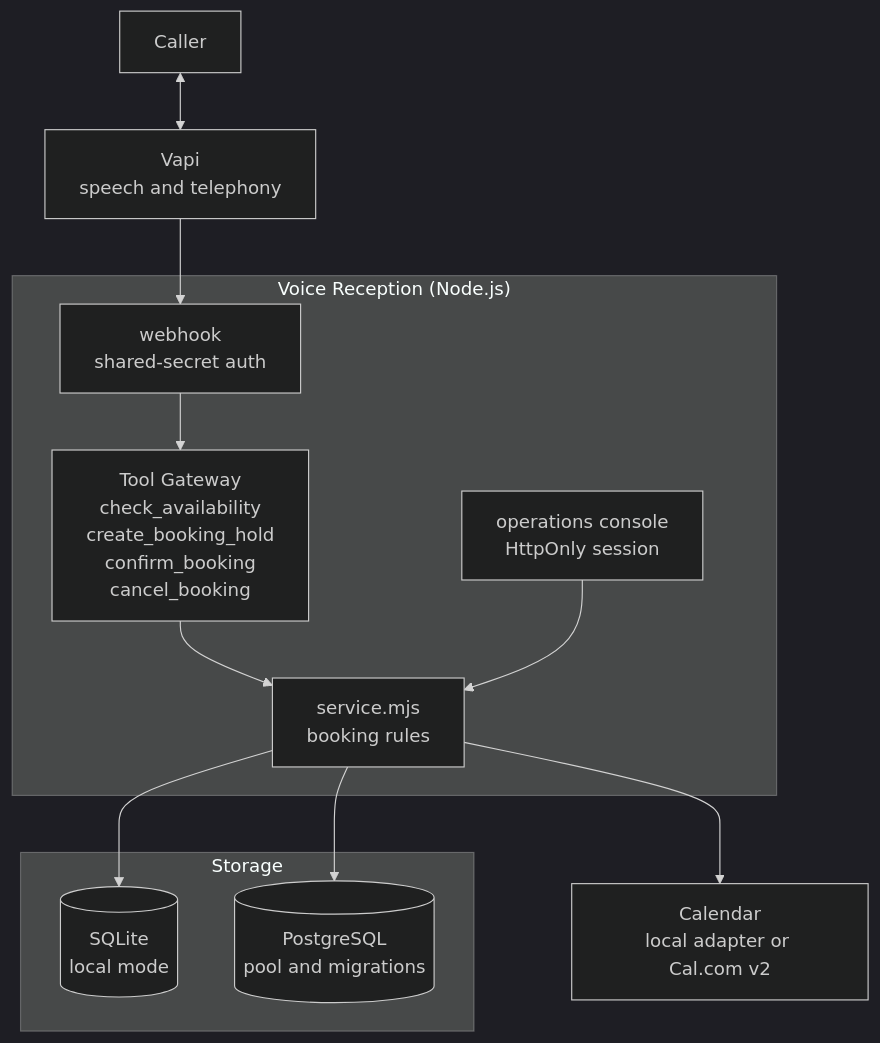
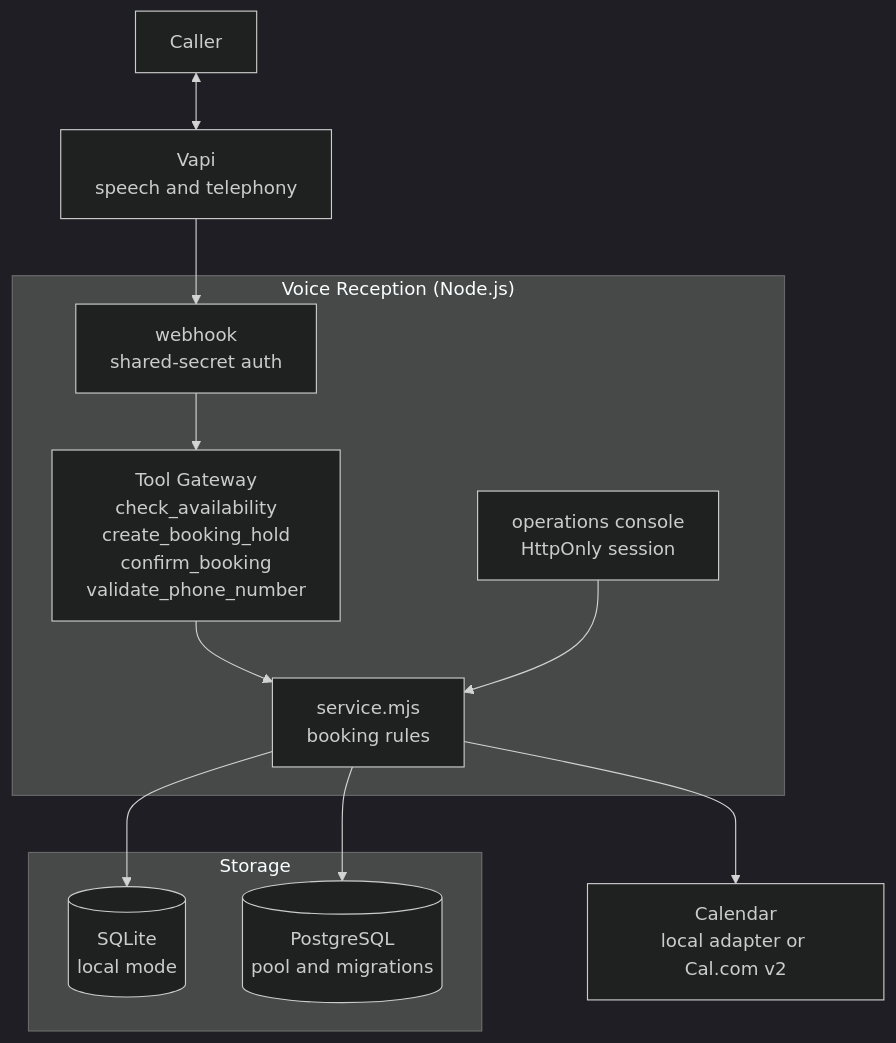
Before and after one commit to piatekkrzysztof/Voice-reception: the diagram in README.md, drawn with Mermaid (dark theme). The commit also changed other lines of this file and 17 other files, not shown here.

````diff
--- a/README.md
+++ b/README.md
@@ -69,27 +69,27 @@
 ```mermaid
 flowchart TB
     caller["Caller"]
     vapi["Vapi<br/>speech and telephony"]
 
     subgraph app["Voice Reception (Node.js)"]
         webhook["webhook<br/>shared-secret auth"]
-        gateway["Tool Gateway<br/>check_availability<br/>create_booking_hold<br/>confirm_booking<br/>cancel_booking"]
+        gateway["Tool Gateway<br/>check_availability<br/>create_booking_hold<br/>confirm_booking<br/>validate_phone_number"]
         service["service.mjs<br/>booking rules"]
         console["operations console<br/>HttpOnly session"]
         webhook --> gateway --> service
         console --> service
     end
 
     subgraph store["Storage"]
         sqlite[("SQLite<br/>local mode")]
         pg[("PostgreSQL<br/>pool and migrations")]
     end
 
     kalendarz["Calendar<br/>local adapter or Cal.com v2"]
 
     caller <--> vapi
     vapi --> webhook
     service --> sqlite
     service --> pg
     service --> kalendarz
 ```
````
